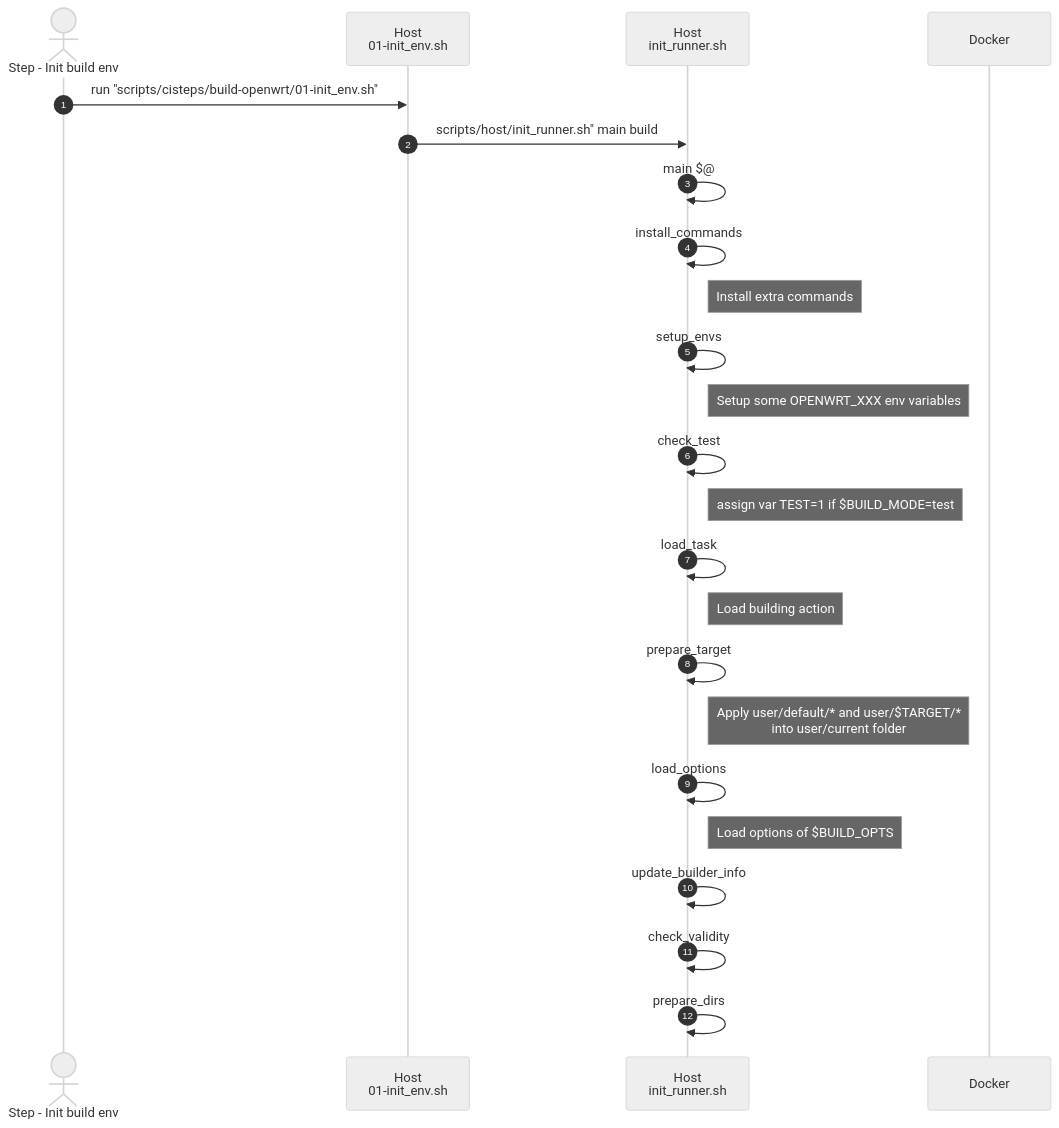
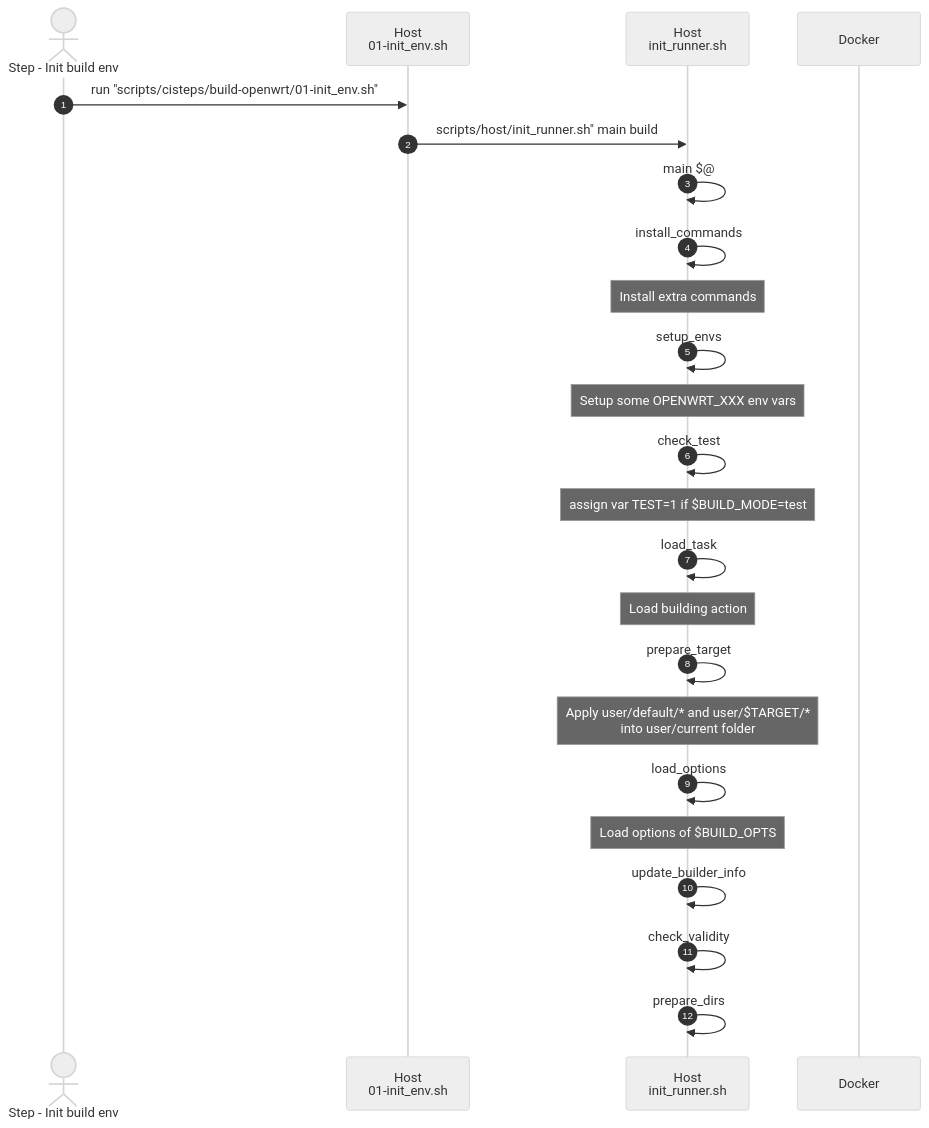
One commit to kouhj/openwrt_builder changed the first of 12 diagrams in README.md. Above: the diagram before and after it, drawn with Mermaid (neutral theme). The commit also changed other lines of this file and 4 other files, not shown here.

````diff
--- a/README.md
+++ b/README.md
@@ -46,28 +46,28 @@
 ```mermaid
 sequenceDiagram
   autonumber
   actor ActionStep as Step - Init build env
   participant Host1 as Host<br>01-init_env.sh
   participant Host2 as Host<br>init_runner.sh
   participant Docker
 
   ActionStep ->> Host1: run "scripts/cisteps/build-openwrt/01-init_env.sh"
   Host1 ->> Host2: scripts/host/init_runner.sh" main build
   Host2 ->> Host2: main $@
   Host2 ->> Host2: install_commands
-    note right of Host2: Install extra commands
+    note over Host2: Install extra commands
   Host2 ->> Host2: setup_envs
-    note right of Host2: Setup some OPENWRT_XXX env variables
+    note over Host2: Setup some OPENWRT_XXX env vars
   Host2 ->> Host2: check_test
-    note right of Host2: assign var TEST=1 if $BUILD_MODE=test
+    note over Host2: assign var TEST=1 if $BUILD_MODE=test
   Host2 ->> Host2: load_task
-    note right of Host2: Load building action
+    note over Host2: Load building action
   Host2 ->> Host2: prepare_target
-    note right of Host2: Apply user/default/* and user/$TARGET/*<br> into user/current folder
+    note over Host2: Apply user/default/* and user/$TARGET/*<br> into user/current folder
   Host2 ->> Host2: load_options
-    note right of Host2: Load options of $BUILD_OPTS
+    note over Host2: Load options of $BUILD_OPTS
   Host2 ->> Host2: update_builder_info
   Host2 ->> Host2: check_validity
   Host2 ->> Host2: prepare_dirs
 
 ```
````
